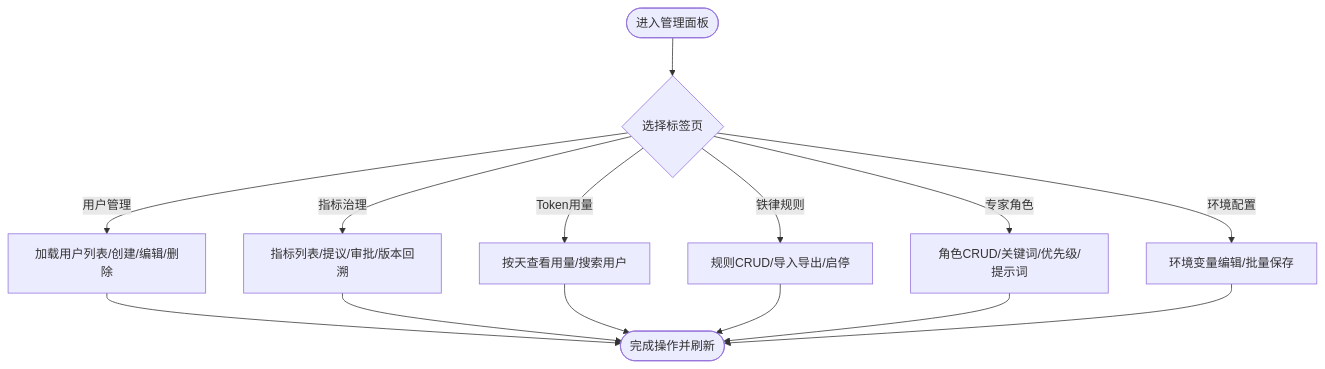
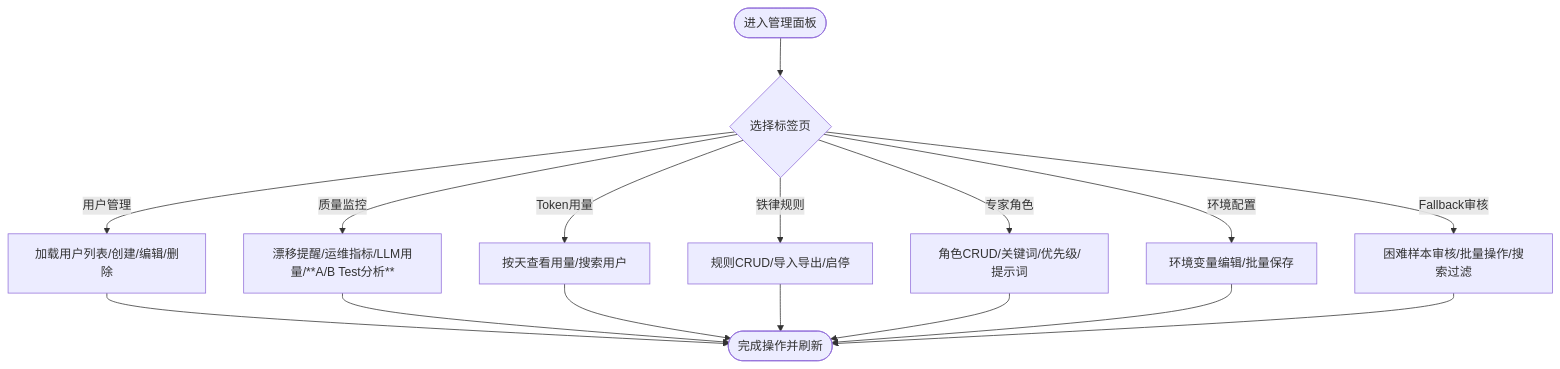
One commit to dgjin/smart-data-analytics changed the third of 11 diagrams in .qoder/repowiki/zh/content/前端应用/核心组件库/管理面板组件.md. Above: the diagram before and after it, drawn with Mermaid. The commit also changed other lines of this file and 66 other files, not shown here.

````diff
--- a/.qoder/repowiki/zh/content/前端应用/核心组件库/管理面板组件.md
+++ b/.qoder/repowiki/zh/content/前端应用/核心组件库/管理面板组件.md
@@ -143,16 +175,18 @@
 ```mermaid
 flowchart TD
 Start(["进入管理面板"]) --> Tab{"选择标签页"}
 Tab --> |用户管理| Users["加载用户列表/创建/编辑/删除"]
-Tab --> |指标治理| Metrics["指标列表/提议/审批/版本回溯"]
+Tab --> |质量监控| Quality["漂移提醒/运维指标/LLM用量/**A/B Test分析**"]
 Tab --> |Token用量| Usage["按天查看用量/搜索用户"]
 Tab --> |铁律规则| Rules["规则CRUD/导入导出/启停"]
 Tab --> |专家角色| Personas["角色CRUD/关键词/优先级/提示词"]
 Tab --> |环境配置| Env["环境变量编辑/批量保存"]
+Tab --> |Fallback审核| Fallback["困难样本审核/批量操作/搜索过滤"]
 Users --> End(["完成操作并刷新"])
-Metrics --> End
+Quality --> End
 Usage --> End
 Rules --> End
 Personas --> End
 Env --> End
+Fallback --> End
 ```
````
